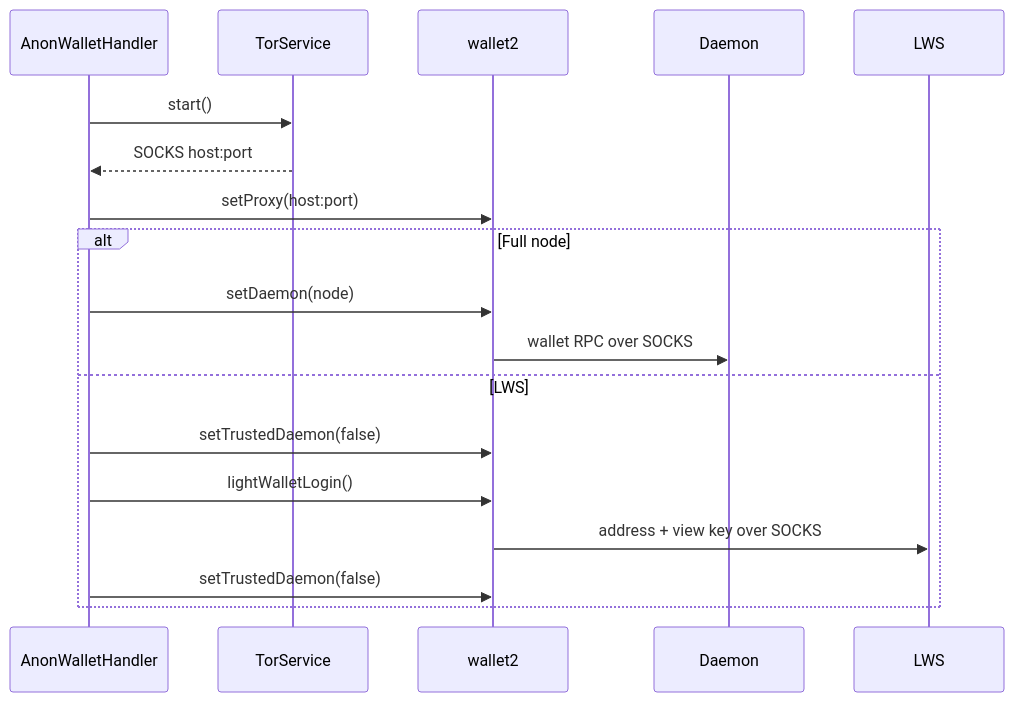
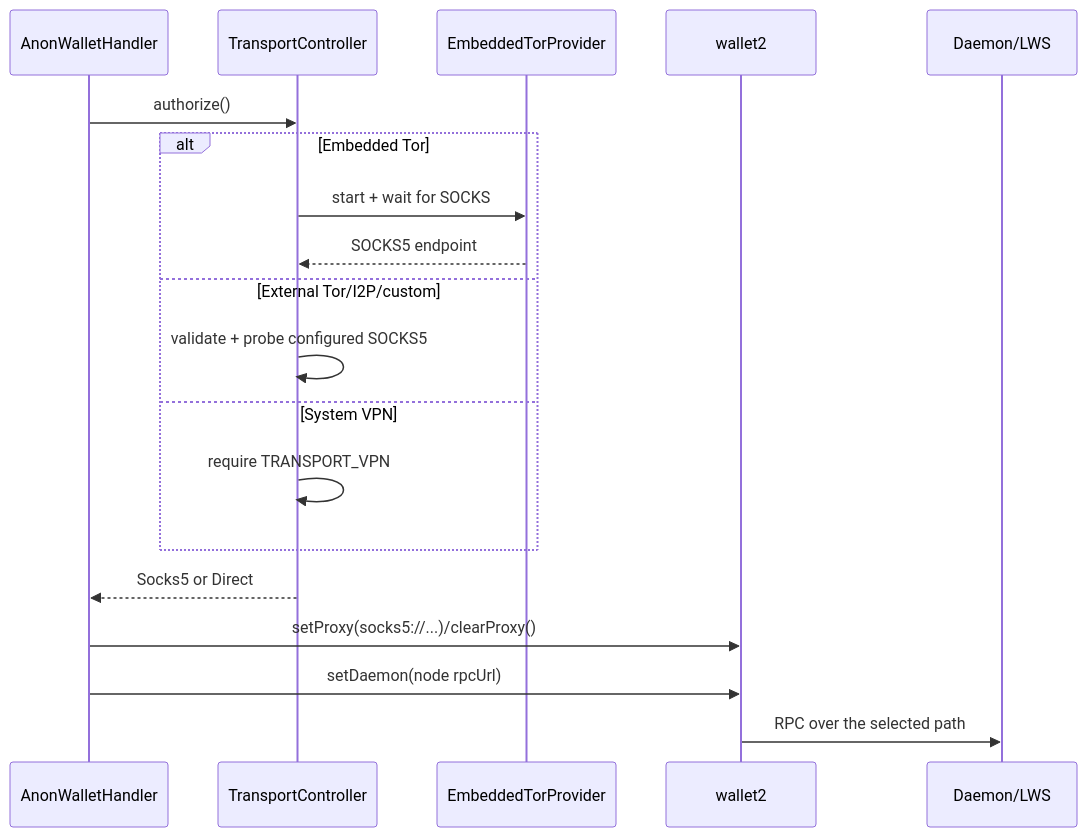
The third of 3 diagrams in docs/architecture/overview.md (daviduhden/ANONERO), drawn with Mermaid before and after one commit. The commit also changed other lines of this file and 18 other files, not shown here.

First line of the commit message:
docs: document transport, LWS, and hardening

````diff
--- a/docs/architecture/overview.md
+++ b/docs/architecture/overview.md
@@ -179,21 +187,22 @@
 ```mermaid
 sequenceDiagram
     participant H as AnonWalletHandler
-    participant T as TorService
+    participant P as TransportController
+    participant T as EmbeddedTorProvider
     participant W as wallet2
-    participant D as Daemon
-    participant L as LWS
+    participant D as Daemon/LWS
 
-    H->>T: start()
-    T-->>H: SOCKS host:port
-    H->>W: setProxy(host:port)
-    alt Full node
-        H->>W: setDaemon(node)
-        W->>D: wallet RPC over SOCKS
-    else LWS
-        H->>W: setTrustedDaemon(false)
-        H->>W: lightWalletLogin()
-        W->>L: address + view key over SOCKS
-        H->>W: setTrustedDaemon(false)
+    H->>P: authorize()
+    alt Embedded Tor
+        P->>T: start + wait for SOCKS
+        T-->>P: SOCKS5 endpoint
+    else External Tor/I2P/custom
+        P->>P: validate + probe configured SOCKS5
+    else System VPN
+        P->>P: require TRANSPORT_VPN
     end
+    P-->>H: Socks5 or Direct
+    H->>W: setProxy(socks5://...)/clearProxy()
+    H->>W: setDaemon(node rpcUrl)
+    W->>D: RPC over the selected path
 ```
````
